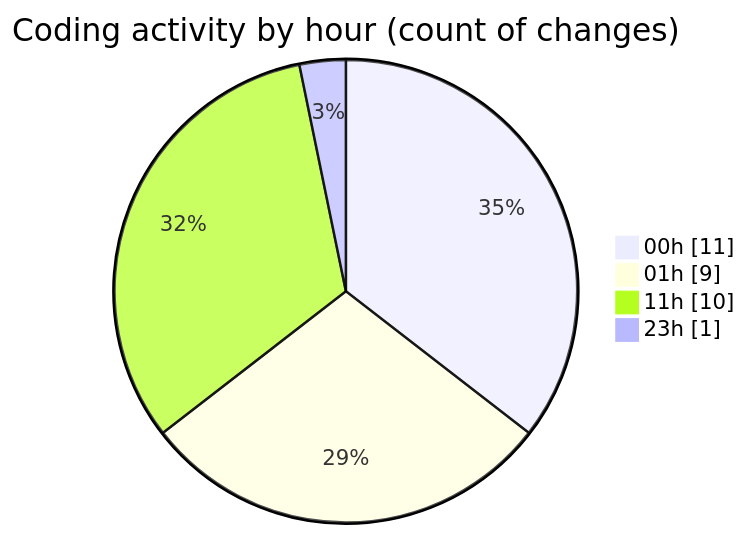
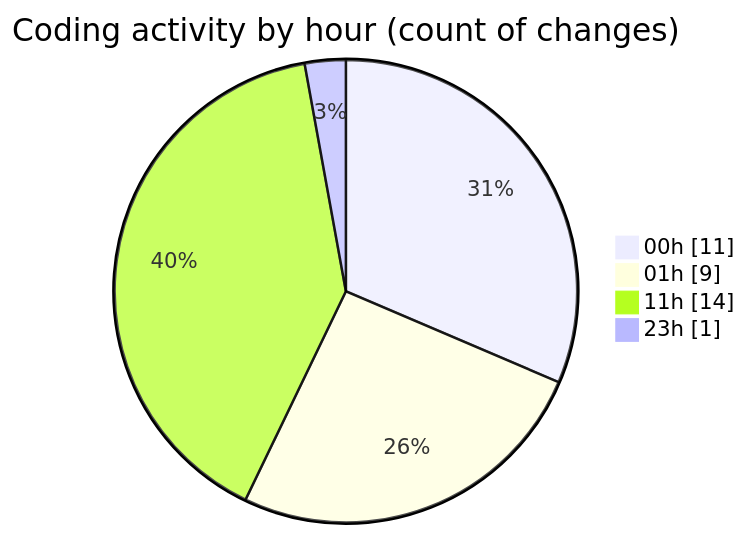
The second of 2 diagrams in 2025-07-18/nhahang/README.md (lephambinh05/code-tracking), drawn with Mermaid before and after one commit. The commit also changed other lines of this file and 1 other file, not shown here.

````diff
--- a/2025-07-18/nhahang/README.md
+++ b/2025-07-18/nhahang/README.md
@@ -47,8 +47,8 @@
 ```mermaid
 pie showData
 title Coding activity by hour (count of changes)
 "00h" : 11
 "01h" : 9
-"11h" : 10
+"11h" : 14
 "23h" : 1
 ```
````
